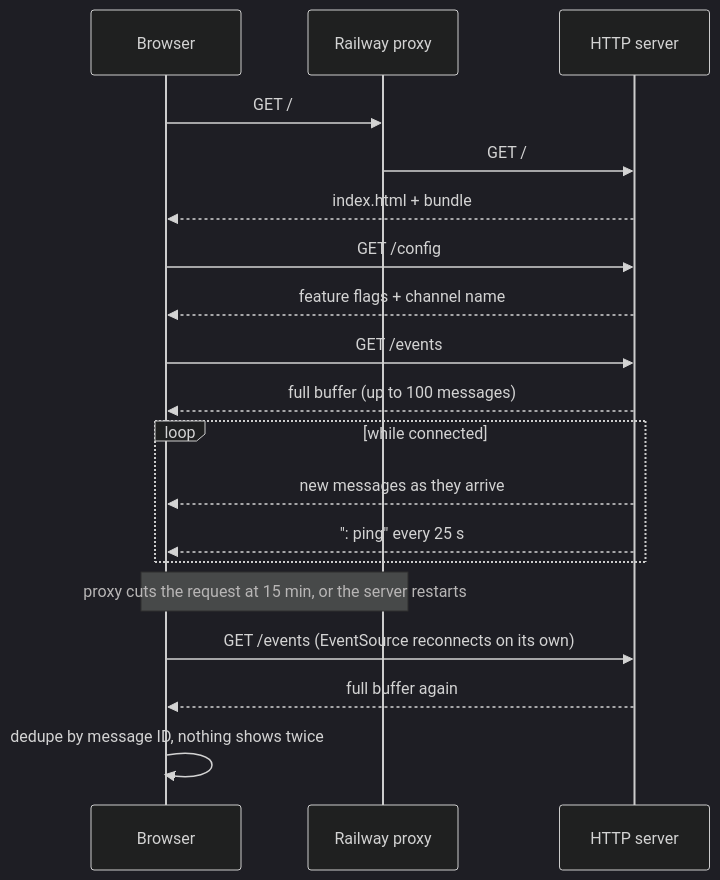
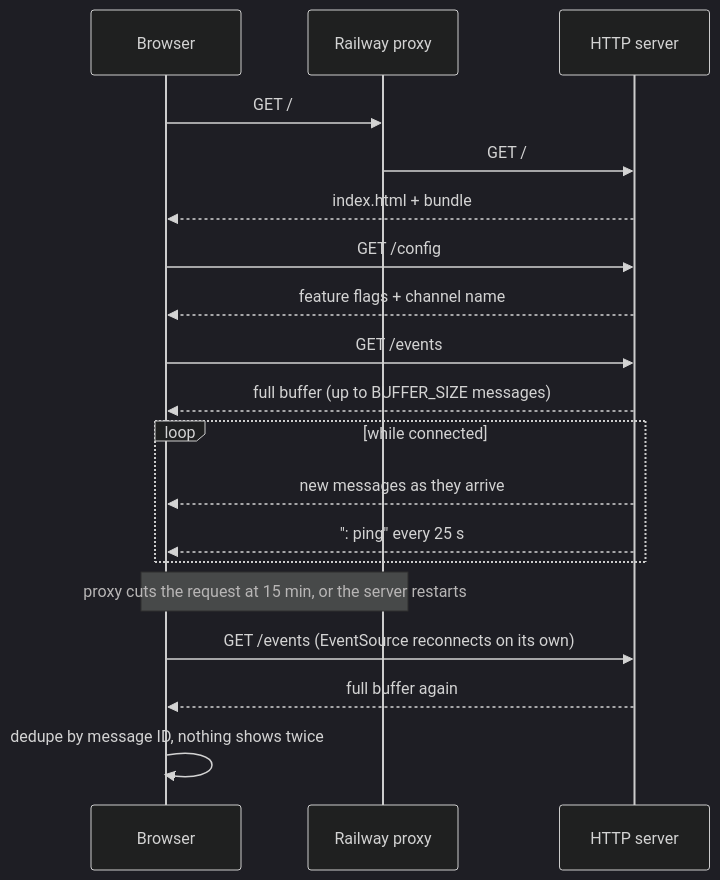
Before and after one commit to AmitKulkarni23/discord-relay: the fourth of 5 diagrams in docs/system-specs/architecture.md, drawn with Mermaid (dark theme). The commit also changed other lines of this file and 11 other files, not shown here.

Commit message:
Make the buffer size a Railway variable (BUFFER_SIZE) and page the history fetch. Mark TASK-007 done.

````diff
--- a/docs/system-specs/architecture.md
+++ b/docs/system-specs/architecture.md
@@ -84,21 +84,21 @@
 ```mermaid
 sequenceDiagram
   participant W as Browser
   participant P as Railway proxy
   participant S as HTTP server
   W->>P: GET /
   P->>S: GET /
   S-->>W: index.html + bundle
   W->>S: GET /config
   S-->>W: feature flags + channel name
   W->>S: GET /events
-  S-->>W: full buffer (up to 100 messages)
+  S-->>W: full buffer (up to BUFFER_SIZE messages)
   loop while connected
     S-->>W: new messages as they arrive
     S-->>W: ": ping" every 25 s
   end
   Note over P,W: proxy cuts the request at 15 min, or the server restarts
   W->>S: GET /events (EventSource reconnects on its own)
   S-->>W: full buffer again
   W->>W: dedupe by message ID, nothing shows twice
 ```
````
